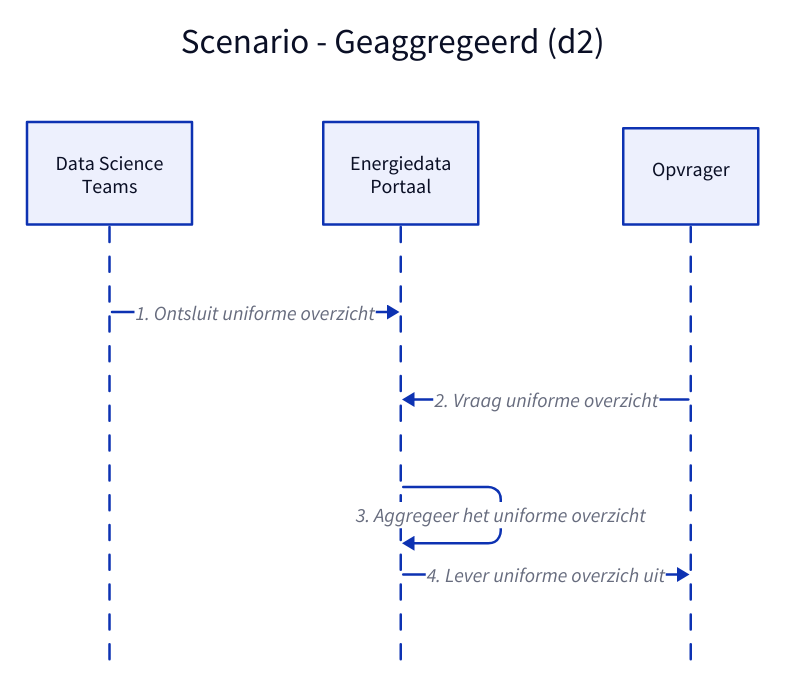
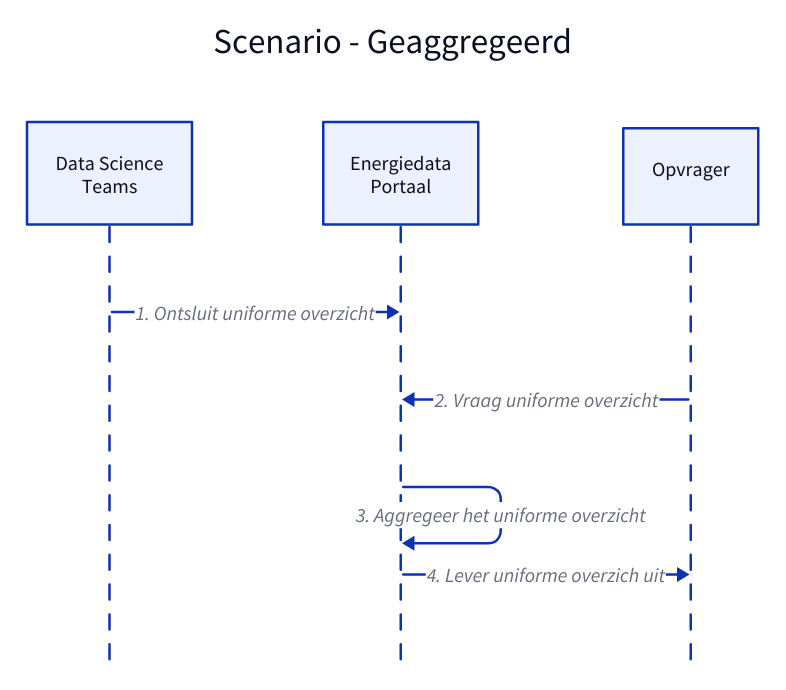
One commit to Netbeheer-Nederland/solution-designs changed the diagram in src/modules/ROOT/partials/diagrams/detectie/scenario-geaggregeerd.d2. Above: the diagram before and after it, drawn with D2.

Commit message:
Update src partials detectie.

```diff
--- a/src/modules/ROOT/partials/diagrams/detectie/scenario-geaggregeerd.d2
+++ b/src/modules/ROOT/partials/diagrams/detectie/scenario-geaggregeerd.d2
@@ -1,18 +1,18 @@
 vars: {
   d2-config: {
     pad: 20
   }
 }
   
-Scenario - Geaggregeerd (d2): {
+Scenario - Geaggregeerd: {
   shape: sequence_diagram
 
   "DST": "Data Science\nTeams"
   "DP": "Energiedata\nPortaal"
   "Opv": "Opvrager\n "
   
   "DST" -> "DP": "1. Ontsluit uniforme overzicht"
   "Opv" -> "DP": "2. Vraag uniforme overzicht"
   "DP" -> "DP": "3. Aggregeer het uniforme overzicht"
   "DP" -> "Opv": "4. Lever uniforme overzich uit"
 }
```
